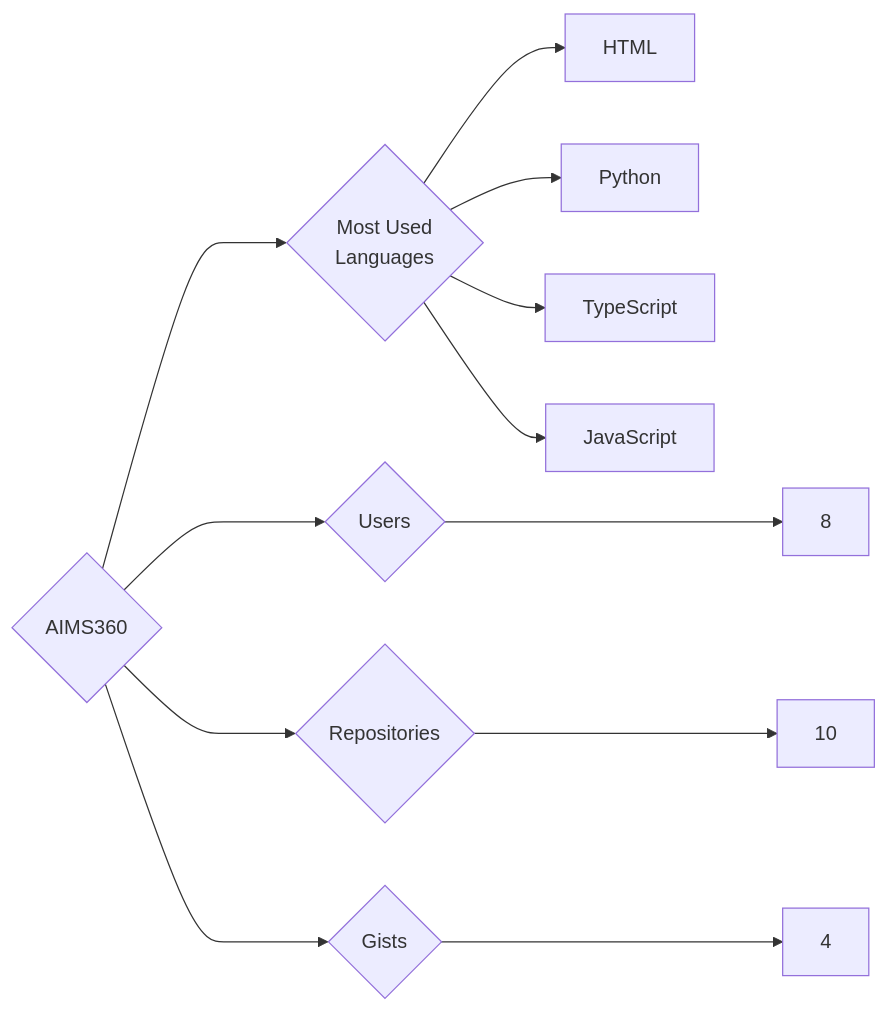
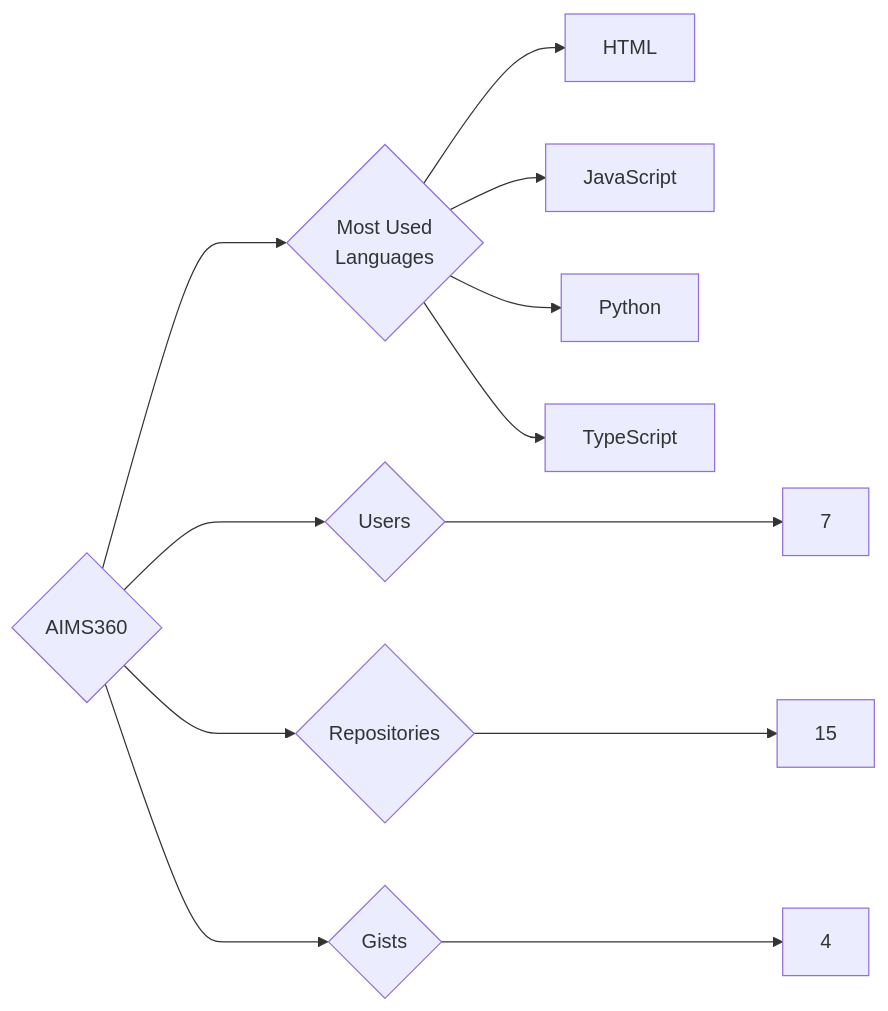
One commit to trickest/insiders changed the diagram in targets/AIMS360/README.md. Above: the diagram before and after it, drawn with Mermaid. The commit also changed 1141 other files, not shown here.

````diff
--- a/targets/AIMS360/README.md
+++ b/targets/AIMS360/README.md
@@ -3,12 +3,12 @@
 ```mermaid
 graph LR
 COMPANY_NAME{AIMS360}
-COMPANY_NAME ---> U{Users} ---> UN[8]
-COMPANY_NAME ---> R{Repositories} ---> RN[10]
+COMPANY_NAME ---> U{Users} ---> UN[7]
+COMPANY_NAME ---> R{Repositories} ---> RN[15]
 COMPANY_NAME ---> G{Gists} ---> GN[4]
 COMPANY_NAME ---> ML{Most Used<br>Languages}
 ML --> HTML[HTML]
+ML --> JavaScript[JavaScript]
 ML --> Python[Python]
 ML --> TypeScript[TypeScript]
-ML --> JavaScript[JavaScript]
 ```
````
